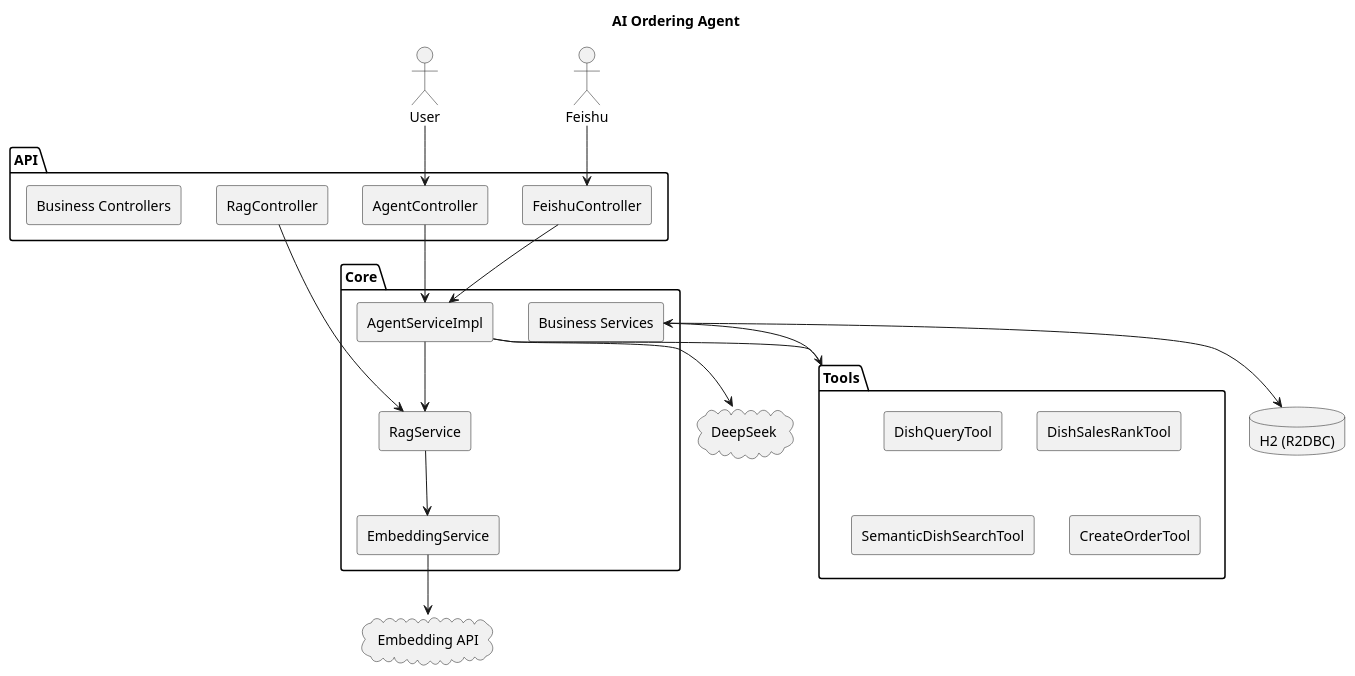
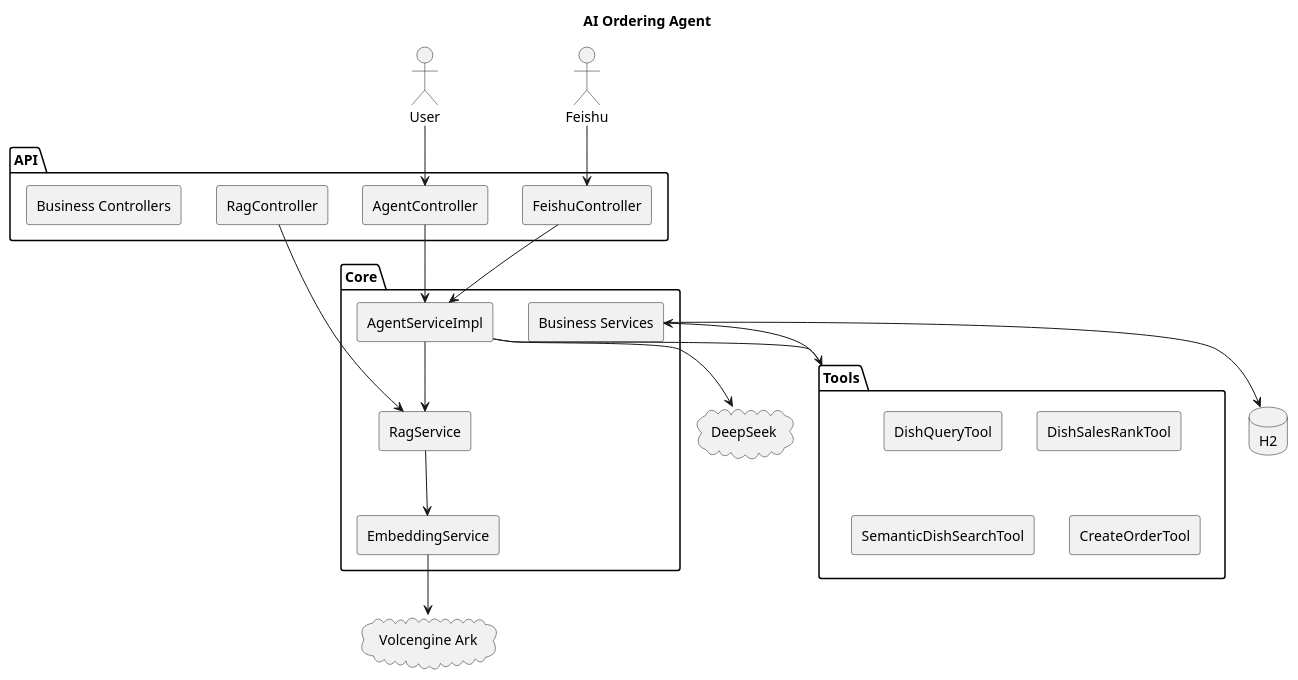
Before and after one commit to huhaosumail/ai-ordering-agent: the diagram in TECH_ARCHITECTURE.md, drawn with PlantUML. The commit also changed other lines of this file and 7 other files, not shown here.

````diff
--- a/TECH_ARCHITECTURE.md
+++ b/TECH_ARCHITECTURE.md
@@ -128,48 +156,47 @@
 ```plantuml
 @startuml
 skinparam componentStyle rectangle
 title AI Ordering Agent
 
 actor User
 actor Feishu
 
 package "API" {
   [AgentController]
   [RagController]
   [FeishuController]
   [Business Controllers]
 }
 
 package "Core" {
   [AgentServiceImpl]
   [RagService]
   [EmbeddingService]
   [Business Services]
 }
 
 package "Tools" {
   [DishQueryTool]
   [DishSalesRankTool]
   [SemanticDishSearchTool]
   [CreateOrderTool]
 }
 
-database "H2 (R2DBC)" as DB
-
+database "H2" as DB
 cloud "DeepSeek" as LLM
-cloud "Embedding API" as EMB
+cloud "Volcengine Ark" as EMB
 
 User --> [AgentController]
 Feishu --> [FeishuController]
+[AgentController] --> [AgentServiceImpl]
 [FeishuController] --> [AgentServiceImpl]
-[AgentController] --> [AgentServiceImpl]
 [AgentServiceImpl] --> LLM
 [AgentServiceImpl] --> [Tools]
 [AgentServiceImpl] --> [RagService]
 [RagService] --> [EmbeddingService]
 [EmbeddingService] --> EMB
 [Tools] --> [Business Services]
 [Business Services] --> DB
 [RagController] --> [RagService]
 @enduml
 ```
````
